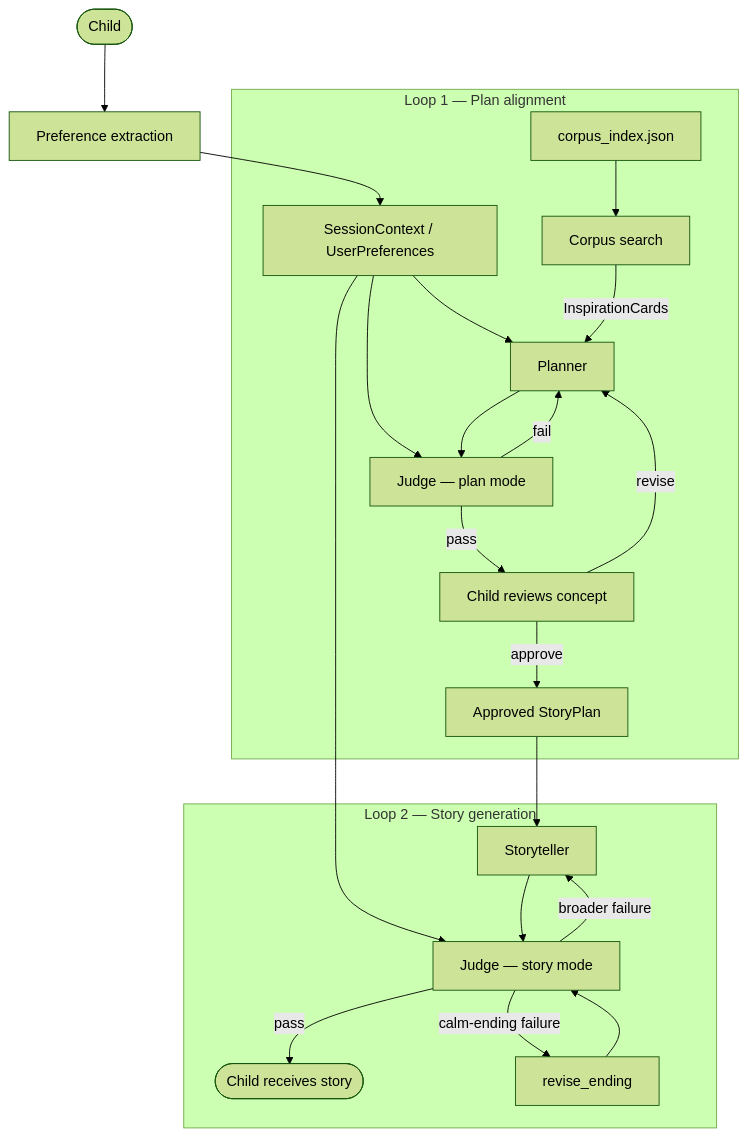
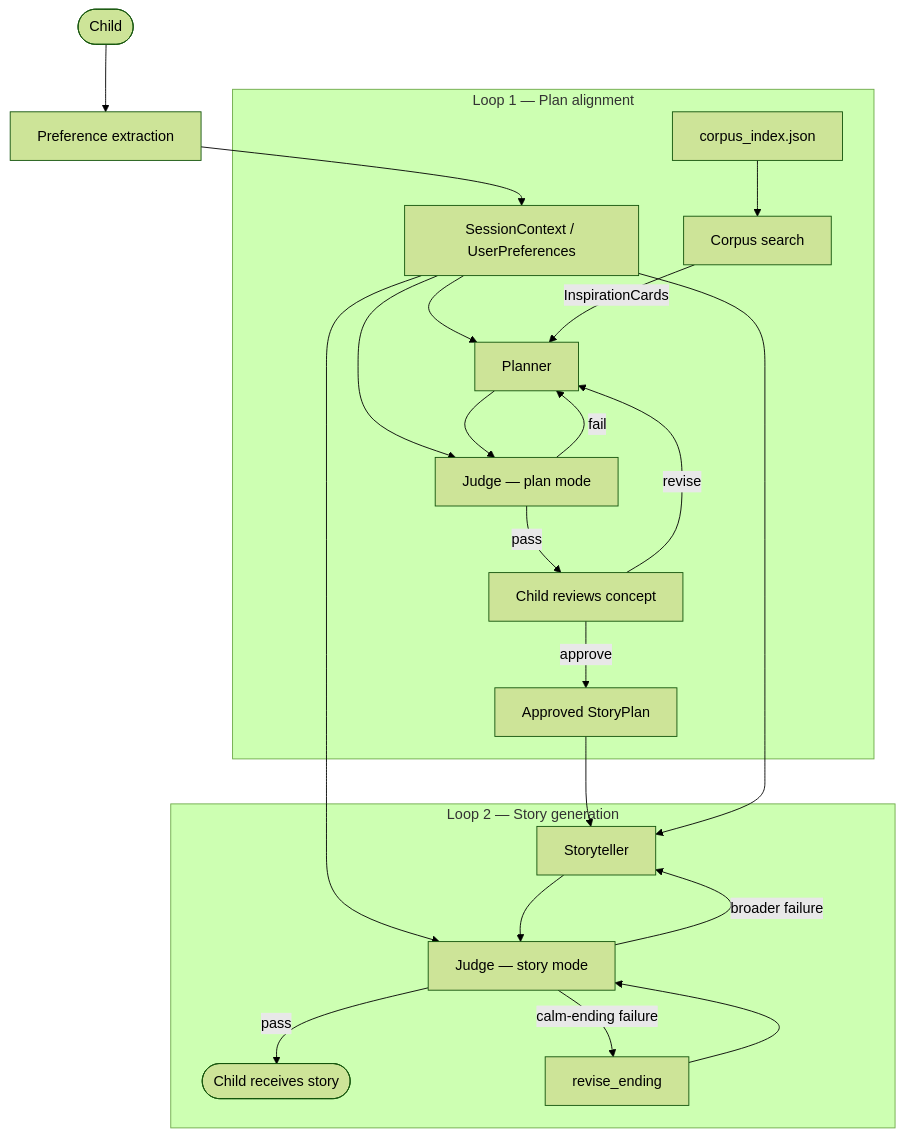
Before and after one commit to ParthaSarathiDutta/BedtimeStoryForKids: the diagram in README.md, drawn with Mermaid (forest theme). The commit also changed other lines of this file, not shown here.

````diff
--- a/README.md
+++ b/README.md
@@ -47,27 +47,28 @@
 ```mermaid
 flowchart TD
     Child(["Child"]) --> Extract["Preference extraction"]
     Extract --> State["SessionContext / UserPreferences"]
 
     subgraph L1["Loop 1 — Plan alignment"]
         State --> Planner["Planner"]
         State --> JPlan["Judge — plan mode"]
         Index["corpus_index.json"] --> Search["Corpus search"]
         Search -->|"InspirationCards"| Planner
         Planner --> JPlan
         JPlan -->|fail| Planner
         JPlan -->|pass| Review["Child reviews concept"]
         Review -->|revise| Planner
         Review -->|approve| Plan["Approved StoryPlan"]
     end
 
     subgraph L2["Loop 2 — Story generation"]
         Plan --> Teller["Storyteller"]
+        State --> Teller
         State --> JStory["Judge — story mode"]
         Teller --> JStory
         JStory -->|pass| Out(["Child receives story"])
         JStory -->|broader failure| Teller
         JStory -->|calm-ending failure| RE["revise_ending"]
         RE --> JStory
     end
 ```
````
